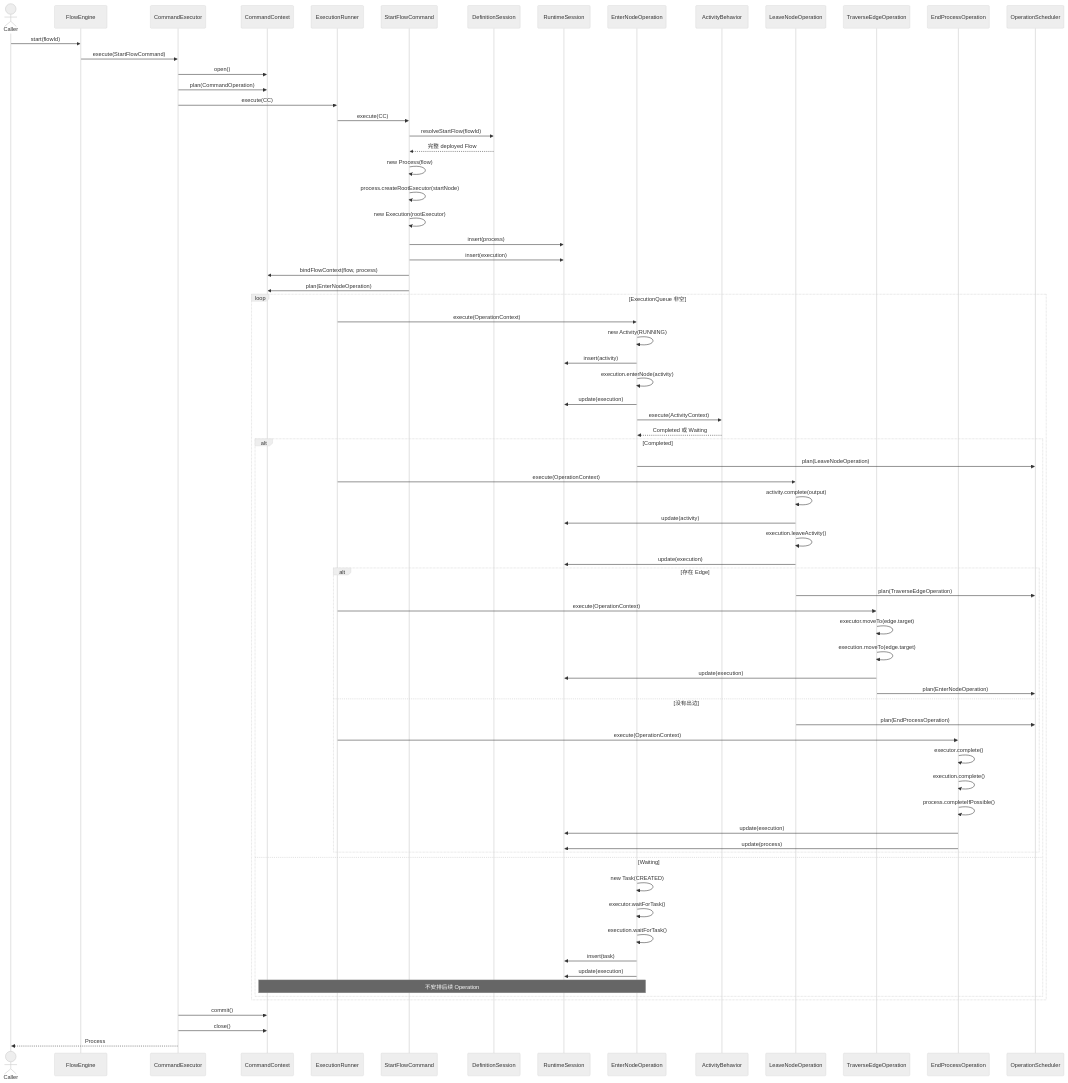
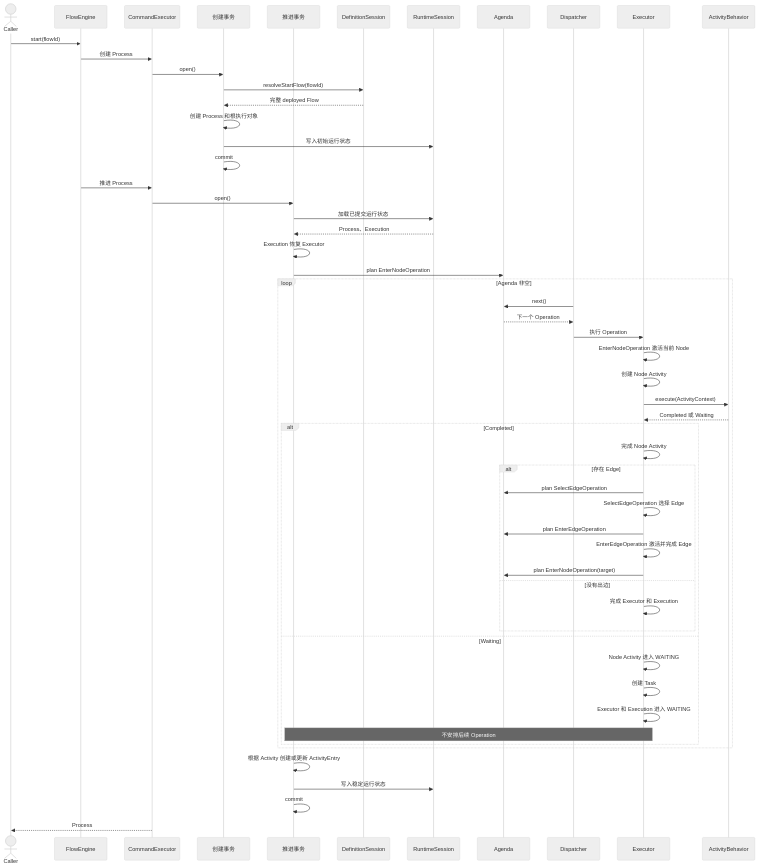
One commit to Eiddy5/flow changed the second of 3 diagrams in docs/decisions/2026-07-14-workflow-core-architecture-v2.md. Above: the diagram before and after it, drawn with Mermaid (neutral theme). The commit also changed other lines of this file and 1 other file, not shown here.

````diff
--- a/docs/decisions/2026-07-14-workflow-core-architecture-v2.md
+++ b/docs/decisions/2026-07-14-workflow-core-architecture-v2.md
@@ -1208,81 +1247,64 @@
 ```mermaid
 sequenceDiagram
     actor Caller
     participant FE as FlowEngine
     participant CE as CommandExecutor
-    participant CC as CommandContext
-    participant ER as ExecutionRunner
-    participant CMD as StartFlowCommand
+    participant CC1 as 创建事务
+    participant CC2 as 推进事务
     participant DS as DefinitionSession
     participant RS as RuntimeSession
-    participant EN as EnterNodeOperation
+    participant A as Agenda
+    participant D as Dispatcher
+    participant EX as Executor
     participant BEH as ActivityBehavior
-    participant LV as LeaveNodeOperation
-    participant TE as TraverseEdgeOperation
-    participant EP as EndProcessOperation
-    participant OS as OperationScheduler
 
     Caller->>FE: start(flowId)
-    FE->>CE: execute(StartFlowCommand)
-    CE->>CC: open()
-    CE->>CC: plan(CommandOperation)
-    CE->>ER: execute(CC)
+    FE->>CE: 创建 Process
+    CE->>CC1: open()
+    CC1->>DS: resolveStartFlow(flowId)
+    DS-->>CC1: 完整 deployed Flow
+    CC1->>CC1: 创建 Process 和根执行对象
+    CC1->>RS: 写入初始运行状态
+    CC1->>CC1: commit
 
-    ER->>CMD: execute(CC)
-    CMD->>DS: resolveStartFlow(flowId)
-    DS-->>CMD: 完整 deployed Flow
-    CMD->>CMD: new Process(flow)
-    CMD->>CMD: process.createRootExecutor(startNode)
-    CMD->>CMD: new Execution(rootExecutor)
-    CMD->>RS: insert(process)
-    CMD->>RS: insert(execution)
-    CMD->>CC: bindFlowContext(flow, process)
-    CMD->>CC: plan(EnterNodeOperation)
+    FE->>CE: 推进 Process
+    CE->>CC2: open()
+    CC2->>RS: 加载已提交运行状态
+    RS-->>CC2: Process、Execution
+    CC2->>CC2: Execution 恢复 Executor
+    CC2->>A: plan EnterNodeOperation
 
-    loop ExecutionQueue 非空
-        ER->>EN: execute(OperationContext)
-        EN->>EN: new Activity(RUNNING)
-        EN->>RS: insert(activity)
-        EN->>EN: execution.enterNode(activity)
-        EN->>RS: update(execution)
-        EN->>BEH: execute(ActivityContext)
-        BEH-->>EN: Completed 或 Waiting
+    loop Agenda 非空
+        D->>A: next()
+        A-->>D: 下一个 Operation
+        D->>EX: 执行 Operation
+        EX->>EX: EnterNodeOperation 激活当前 Node
+        EX->>EX: 创建 Node Activity
+        EX->>BEH: execute(ActivityContext)
+        BEH-->>EX: Completed 或 Waiting
 
         alt Completed
-            EN->>OS: plan(LeaveNodeOperation)
-            ER->>LV: execute(OperationContext)
-            LV->>LV: activity.complete(output)
-            LV->>RS: update(activity)
-            LV->>LV: execution.leaveActivity()
-            LV->>RS: update(execution)
+            EX->>EX: 完成 Node Activity
 
             alt 存在 Edge
-                LV->>OS: plan(TraverseEdgeOperation)
-                ER->>TE: execute(OperationContext)
-                TE->>TE: executor.moveTo(edge.target)
-                TE->>TE: execution.moveTo(edge.target)
-                TE->>RS: update(execution)
-                TE->>OS: plan(EnterNodeOperation)
+                EX->>A: plan SelectEdgeOperation
+                EX->>EX: SelectEdgeOperation 选择 Edge
+                EX->>A: plan EnterEdgeOperation
+                EX->>EX: EnterEdgeOperation 激活并完成 Edge
+                EX->>A: plan EnterNodeOperation(target)
             else 没有出边
-                LV->>OS: plan(EndProcessOperation)
-                ER->>EP: execute(OperationContext)
-                EP->>EP: executor.complete()
-                EP->>EP: execution.complete()
-                EP->>EP: process.completeIfPossible()
-                EP->>RS: update(execution)
-                EP->>RS: update(process)
+                EX->>EX: 完成 Executor 和 Execution
             end
         else Waiting
-            EN->>EN: new Task(CREATED)
-            EN->>EN: executor.waitForTask()
-            EN->>EN: execution.waitForTask()
-            EN->>RS: insert(task)
-            EN->>RS: update(execution)
-            Note over EN,CC: 不安排后续 Operation
+            EX->>EX: Node Activity 进入 WAITING
+            EX->>EX: 创建 Task
+            EX->>EX: Executor 和 Execution 进入 WAITING
+            Note over EX,CC2: 不安排后续 Operation
         end
     end
 
-    CE->>CC: commit()
-    CE->>CC: close()
+    CC2->>CC2: 根据 Activity 创建或更新 ActivityEntry
+    CC2->>RS: 写入稳定运行状态
+    CC2->>CC2: commit
     CE-->>Caller: Process
 ```
````
